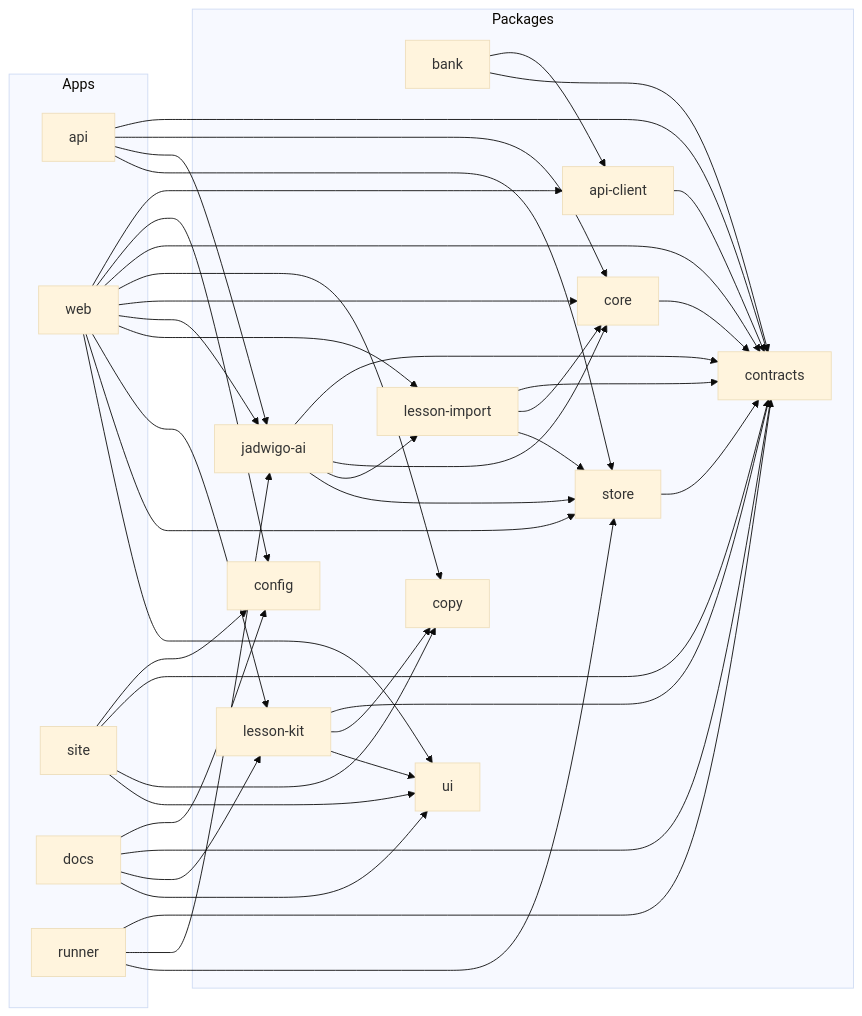
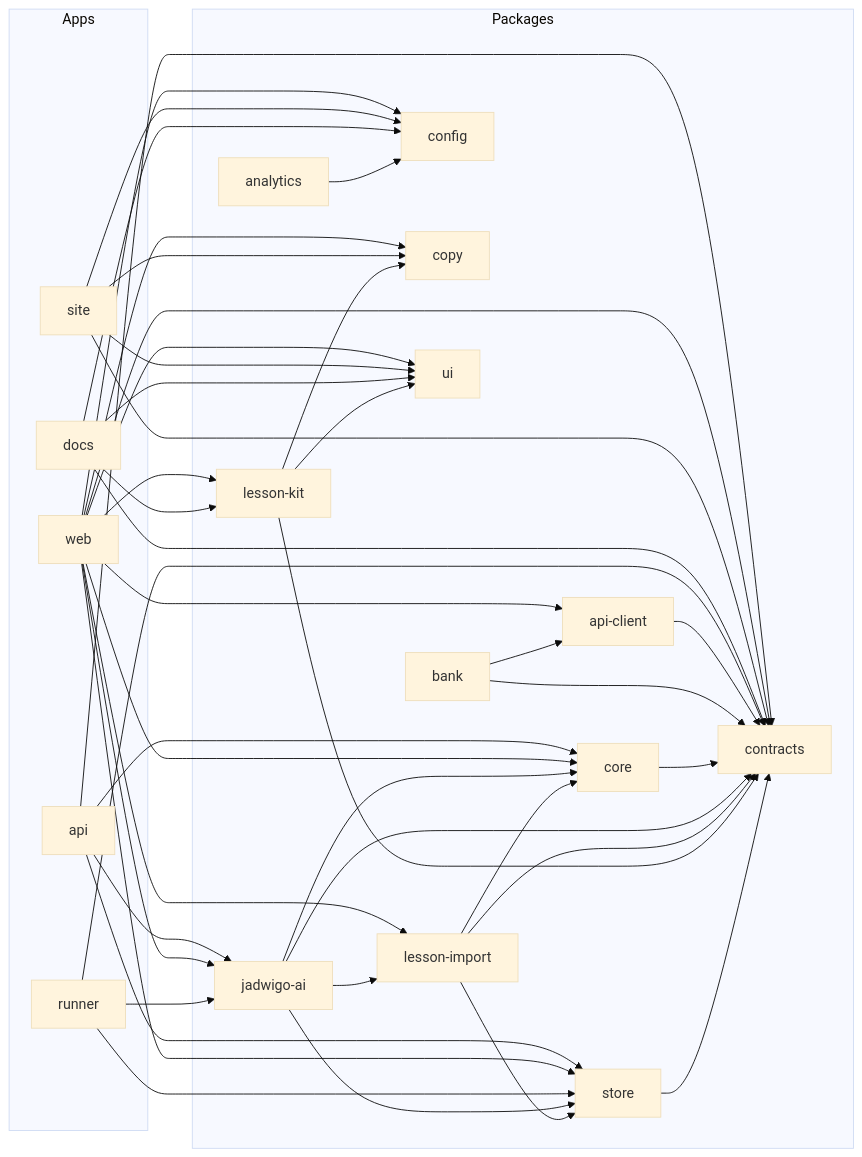
The diagram in apps/docs/src/content/docs/architecture/monorepo.md (vasyl-stanislavchuk/jadwigo-hackathon), drawn with Mermaid (base theme) before and after one commit. The commit also changed other lines of this file and 17 other files, not shown here.

````diff
--- a/apps/docs/src/content/docs/architecture/monorepo.md
+++ b/apps/docs/src/content/docs/architecture/monorepo.md
@@ -20,63 +20,65 @@
 ```mermaid
 flowchart LR
   subgraph apps [Apps]
     api
     web
     site
     docs
     runner
   end
   subgraph packages [Packages]
+    analytics
     api_client["api-client"]
     bank
     config
     contracts
     copy
     core
     jadwigo_ai["jadwigo-ai"]
     lesson_import["lesson-import"]
     lesson_kit["lesson-kit"]
     store
     ui
   end
   api --> contracts
   api --> core
   api --> jadwigo_ai
   api --> store
   web --> api_client
   web --> config
   web --> contracts
   web --> copy
   web --> core
   web --> jadwigo_ai
   web --> lesson_import
   web --> lesson_kit
   web --> store
   web --> ui
   site --> config
   site --> contracts
   site --> copy
   site --> ui
   docs --> config
   docs --> contracts
   docs --> lesson_kit
   docs --> ui
   runner --> contracts
   runner --> jadwigo_ai
   runner --> store
+  analytics --> config
   api_client --> contracts
   bank --> api_client
   bank --> contracts
   core --> contracts
   jadwigo_ai --> contracts
   jadwigo_ai --> core
   jadwigo_ai --> lesson_import
   jadwigo_ai --> store
   lesson_import --> contracts
   lesson_import --> core
   lesson_import --> store
   lesson_kit --> contracts
   lesson_kit --> copy
   lesson_kit --> ui
   store --> contracts
 ```
````
